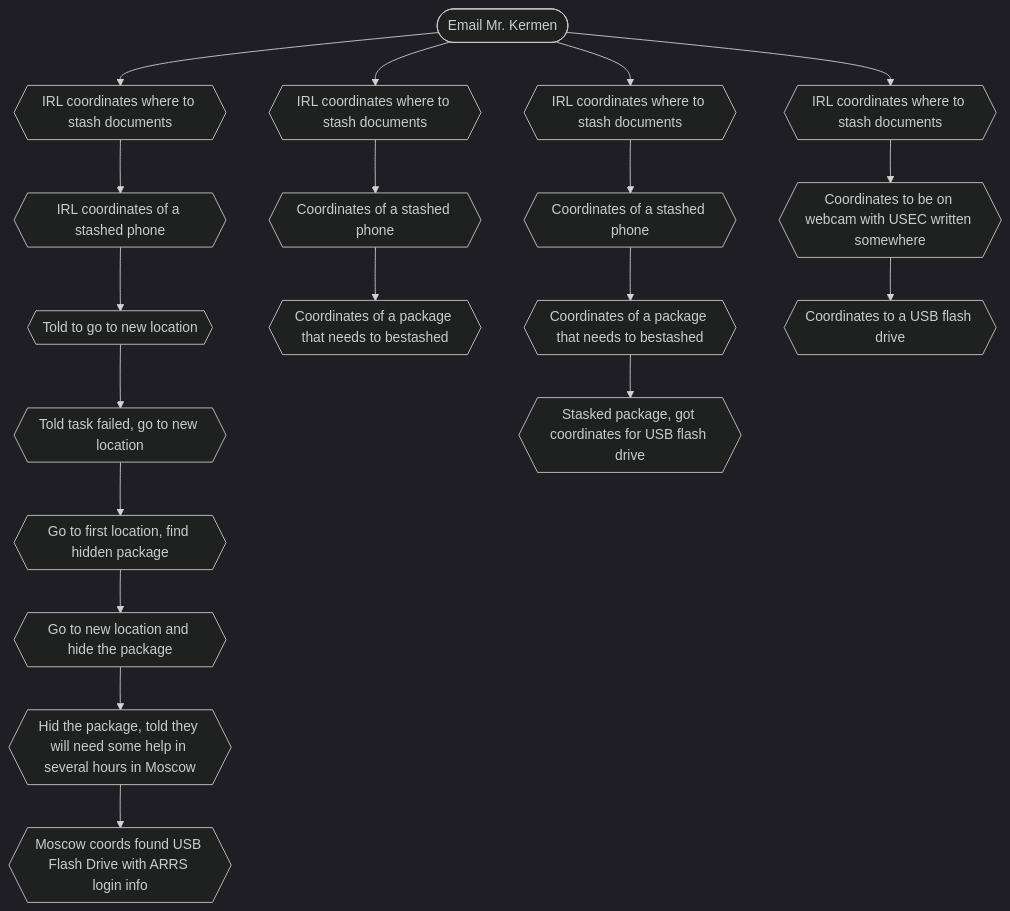
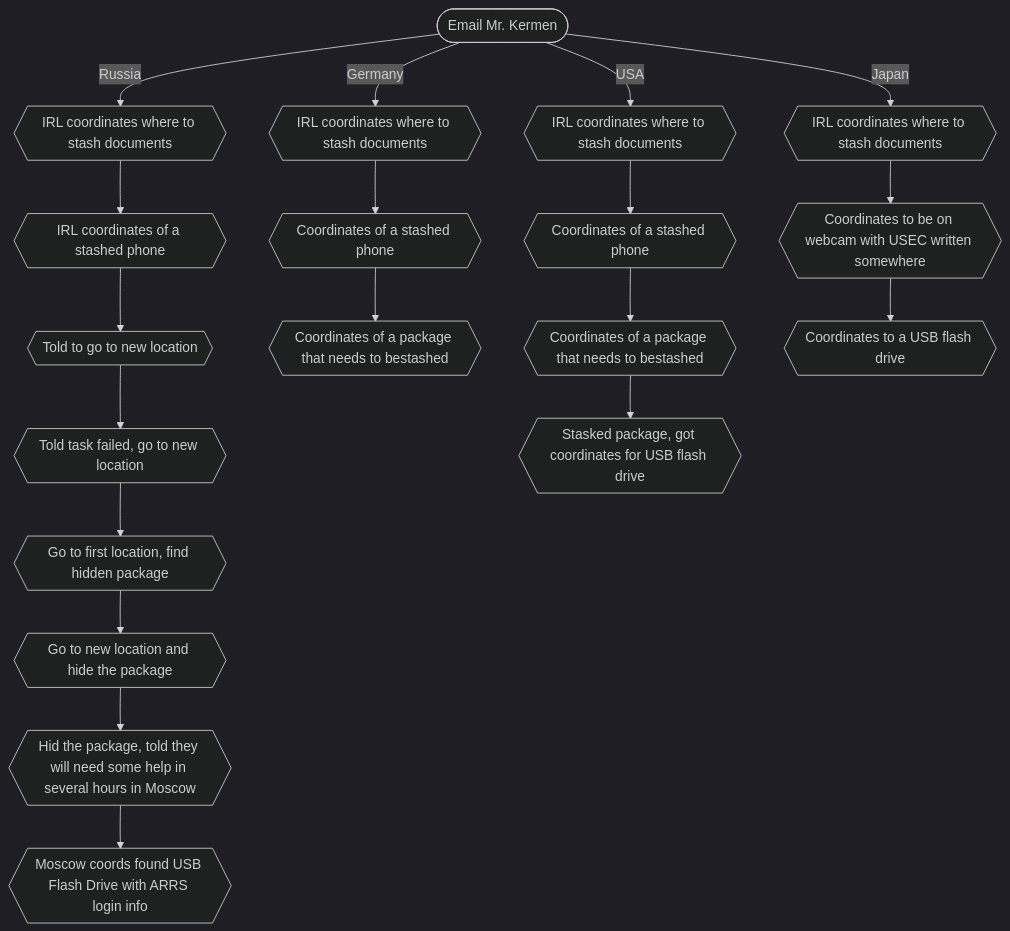
Before and after one commit to 3ncy/ARRS-s5: the diagram in irl2-tracker.md, drawn with Mermaid (dark theme).

````diff
--- a/irl2-tracker.md
+++ b/irl2-tracker.md
@@ -4,24 +4,24 @@
 ```mermaid
 graph TD;
-    email(["Email Mr. Kermen"]) --> irl2{{IRL coordinates where to stash documents}};
+    email(["Email Mr. Kermen"]) --Russia--> irl2{{IRL coordinates where to stash documents}};
     irl2 --> irl3{{IRL coordinates of a stashed phone}};
     irl3 --> irl4{{Told to go to new location}};
     irl4 --> irl5{{Told task failed, go to new location}};
     irl5 --> irl6{{Go to first location, find hidden package}};
     irl6 --> irl7{{Go to new location and hide the package}};
     irl7 --> irl8{{Hid the package, told they will need some help in several hours in Moscow}};
     irl8 --> irl9{{Moscow coords found USB Flash Drive with ARRS login info}}
 
-    email(["Email Mr. Kermen"]) --> irle2{{IRL coordinates where to stash documents}};
+    email(["Email Mr. Kermen"]) --Germany--> irle2{{IRL coordinates where to stash documents}};
     irle2 --> irle3{{Coordinates of a stashed phone}};
     irle3 --> irle4{{Coordinates of a package that needs to bestashed}}
 
-    email(["Email Mr. Kermen"]) --> irlu2{{IRL coordinates where to stash documents}};
+    email(["Email Mr. Kermen"]) --USA--> irlu2{{IRL coordinates where to stash documents}};
     irlu2 --> irlu3{{Coordinates of a stashed phone}};
     irlu3 --> irlu4{{Coordinates of a package that needs to bestashed}};
     irlu4 --> irlu5{{Stasked package, got coordinates for USB flash drive}}
 
-    email(["Email Mr. Kermen"]) --> irlj2{{IRL coordinates where to stash documents}};
+    email(["Email Mr. Kermen"]) --Japan--> irlj2{{IRL coordinates where to stash documents}};
     irlj2 --> irlj3{{Coordinates to be on webcam with USEC written somewhere}};
     irlj3 --> irlj4{{Coordinates to a USB flash drive}}
 ```
````
